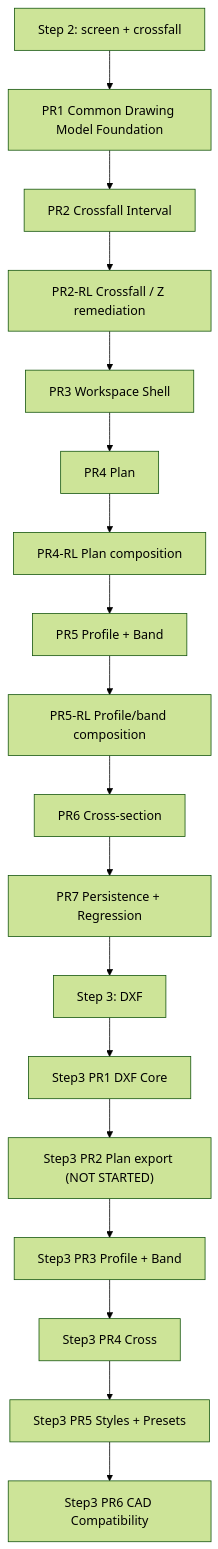
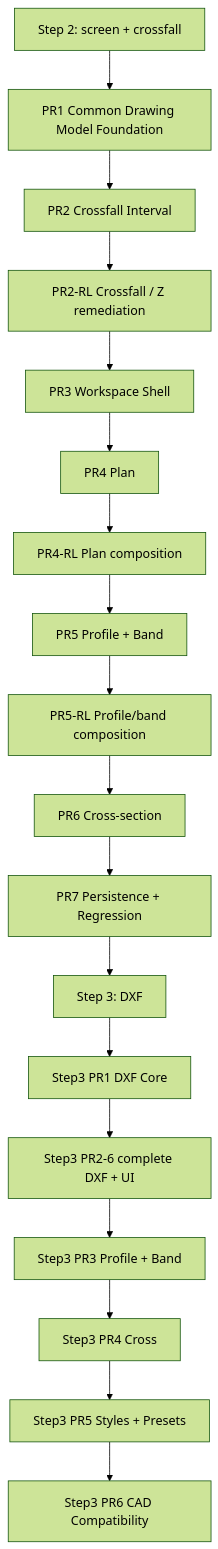
Before and after one commit to ollejanaitte/spacer-clone: the diagram in docs/liner/phase5/implementation_plan.md, drawn with Mermaid (forest theme). The commit also changed other lines of this file and 28 other files, not shown here.

First line of the commit message:
feat(liner): complete formal drawing DXF exports (#138)

````diff
--- a/docs/liner/phase5/implementation_plan.md
+++ b/docs/liner/phase5/implementation_plan.md
@@ -34,20 +34,20 @@
 ```mermaid
 flowchart TB
   S2["Step 2: screen + crossfall"]
   S3["Step 3: DXF"]
   P1["PR1 Common Drawing Model Foundation"]
   P2["PR2 Crossfall Interval"]
   P3["PR3 Workspace Shell"]
   P4["PR4 Plan"]
   P5["PR5 Profile + Band"]
   P6["PR6 Cross-section"]
   P7["PR7 Persistence + Regression"]
   D1["Step3 PR1 DXF Core"]
   D2["Step3 PR2 Plan"]
   D3["Step3 PR3 Profile + Band"]
   D4["Step3 PR4 Cross"]
   D5["Step3 PR5 Styles + Presets"]
   D6["Step3 PR6 CAD Compatibility"]
 
-  S2 --> P1 --> P2 --> P2R["PR2-RL Crossfall / Z remediation"] --> P3 --> P4 --> P4R["PR4-RL Plan composition"] --> P5 --> P5R["PR5-RL Profile/band composition"] --> P6 --> P7 --> S3 --> D1 --> D2["Step3 PR2 Plan export (NOT STARTED)"] --> D3 --> D4 --> D5 --> D6
+  S2 --> P1 --> P2 --> P2R["PR2-RL Crossfall / Z remediation"] --> P3 --> P4 --> P4R["PR4-RL Plan composition"] --> P5 --> P5R["PR5-RL Profile/band composition"] --> P6 --> P7 --> S3 --> D1 --> D2["Step3 PR2-6 complete DXF + UI"] --> D3 --> D4 --> D5 --> D6
 ```
````
